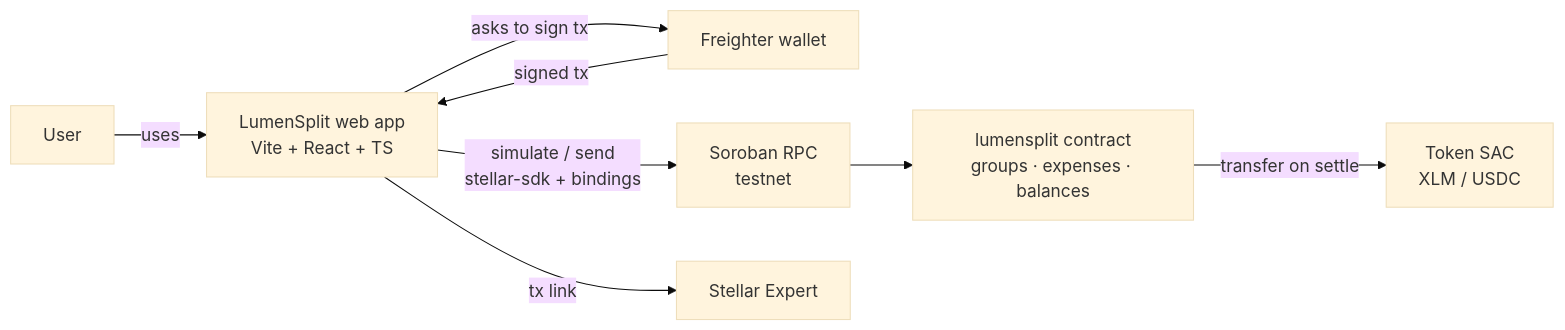
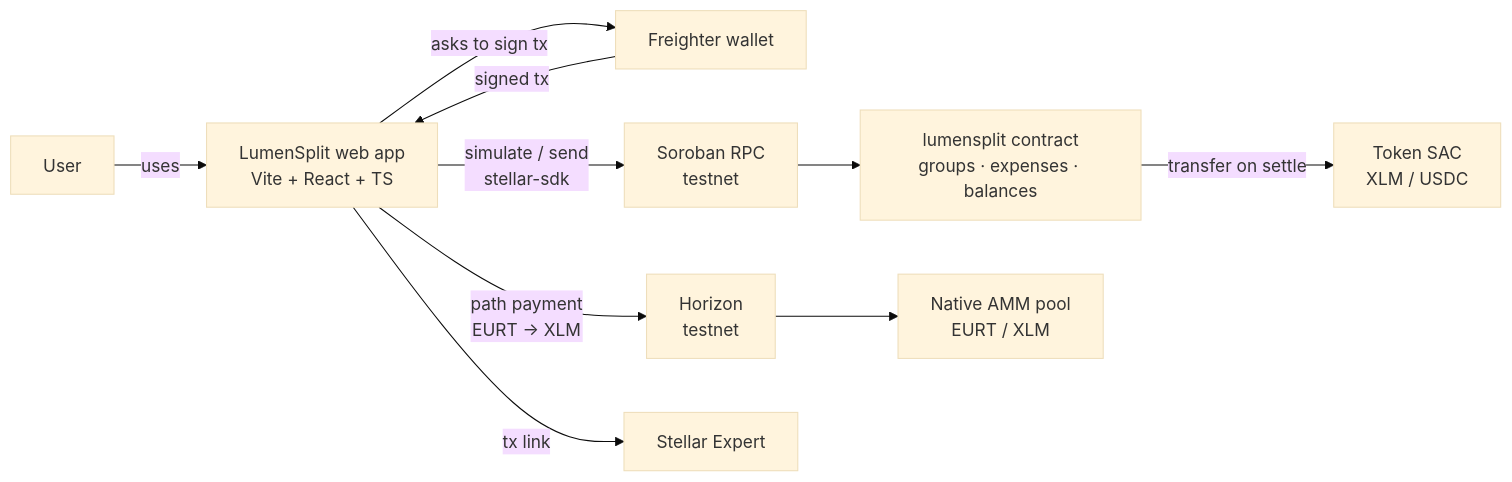
The first of 2 diagrams in README.md (manuuvllgs/LumenSplit), drawn with Mermaid (base theme) before and after one commit. The commit also changed other lines of this file, not shown here.

Commit message:
docs: add pay-in-euros flow, engineering notes, EURT and pool IDs

````diff
--- a/README.md
+++ b/README.md
@@ -60,10 +63,12 @@
 ```mermaid
 flowchart LR
     U[User] -->|uses| FE[LumenSplit web app<br/>Vite + React + TS]
     FE -->|asks to sign tx| FR[Freighter wallet]
     FR -->|signed tx| FE
-    FE -->|simulate / send<br/>stellar-sdk + bindings| RPC[Soroban RPC<br/>testnet]
+    FE -->|simulate / send<br/>stellar-sdk| RPC[Soroban RPC<br/>testnet]
     RPC --> C[lumensplit contract<br/>groups · expenses · balances]
     C -->|transfer on settle| T[Token SAC<br/>XLM / USDC]
+    FE -->|path payment<br/>EURT → XLM| HZ[Horizon<br/>testnet]
+    HZ --> AMM[Native AMM pool<br/>EURT / XLM]
     FE -->|tx link| EX[Stellar Expert]
 ```
````
